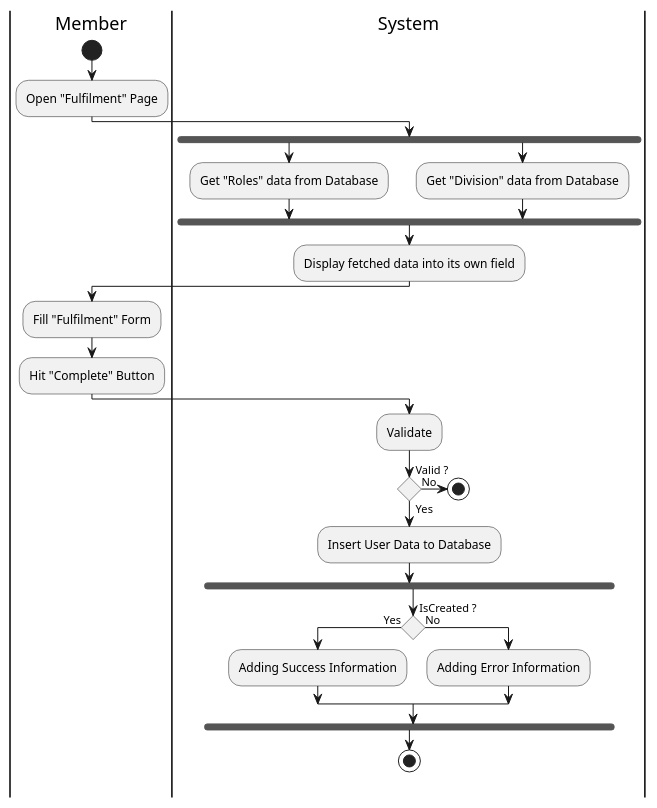
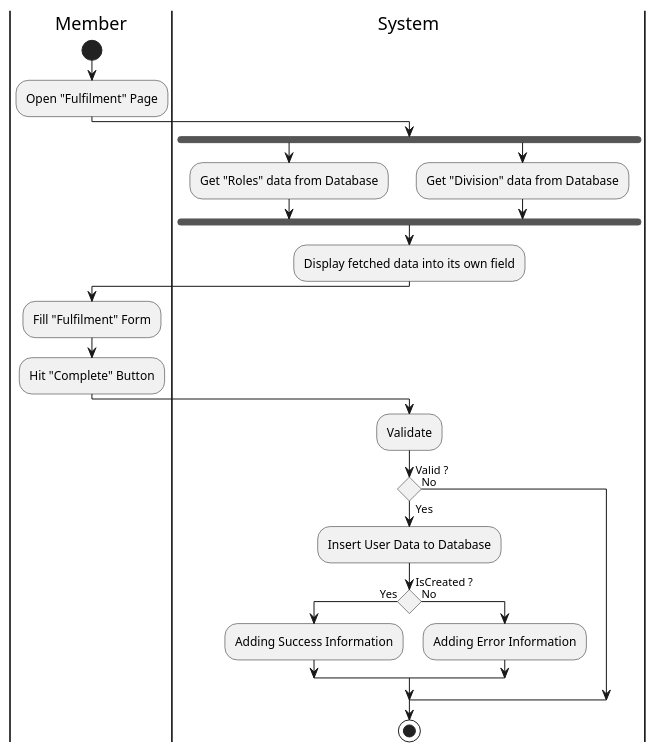
The diagram in Activity/Release01/Register.wsd (fwidjaya20/fazzlearning-uml), drawn with PlantUML before and after one commit. The commit also changed 59 other files, not shown here.

```diff
--- a/Activity/Release01/Register.wsd
+++ b/Activity/Release01/Register.wsd
@@ -1,42 +1,39 @@
 @startuml Register
 
 skinparam ConditionEndStyle hline
 skinparam conditionStyle diamond
 skinparam Monochrome true
 skinparam Shadowing false
 
 |Member|
 start
 :Open "Fulfilment" Page;
 
 
 |System|
 fork
     :Get "Roles" data from Database;
 forkagain
     :Get "Division" data from Database;
 endfork
 :Display fetched data into its own field;
 
 |Member|
 :Fill "Fulfilment" Form;
 :Hit "Complete" Button;
 
 |System|
 :Validate;
 
 if (Valid ?) then (Yes)
     :Insert User Data to Database;
-    fork
-        if (IsCreated ?) then (Yes)
-            :Adding Success Information;
-        else (No)
-            :Adding Error Information;
-        endif
-    endfork
-    stop
+    if (IsCreated ?) then (Yes)
+        :Adding Success Information;
+    else (No)
+        :Adding Error Information;
+    endif
 else (No)
-    stop
 endif
+stop
 
 @enduml
```
